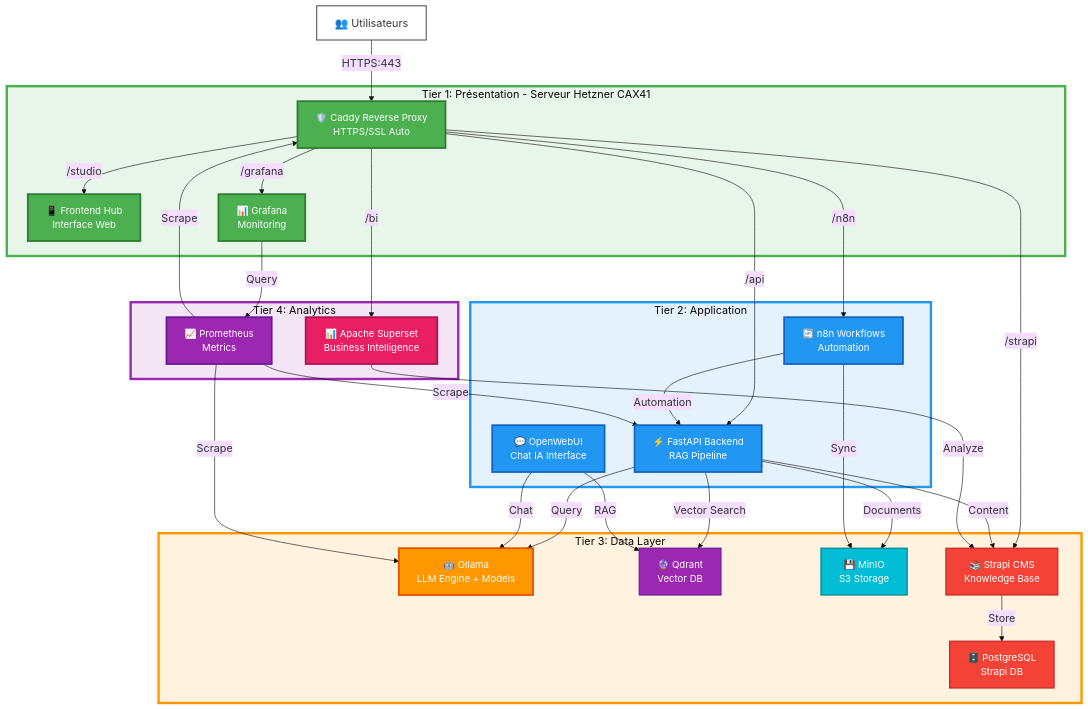
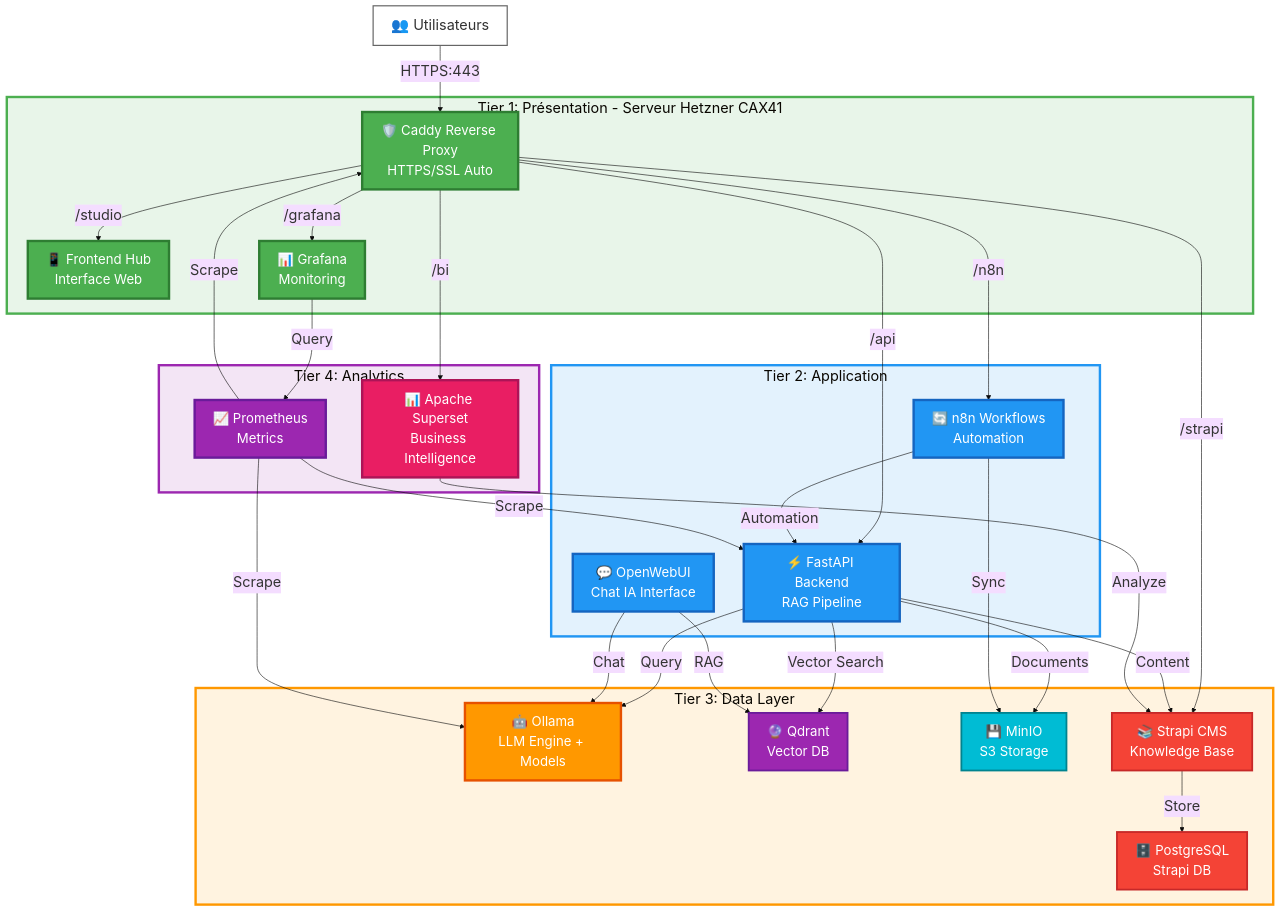
One commit to stepstev/oceanphenix-IA-souveraine-v10_2026_DOCS changed the first of 6 diagrams in README.md. Above: the diagram before and after it, drawn with Mermaid. The commit also changed other lines of this file, not shown here.

Commit message:
style: Increase font size to 24px in Mermaid diagrams for better readability

````diff
--- a/README.md
+++ b/README.md
@@ -49,81 +49,81 @@
 ```mermaid
-%%{init: {'theme':'base', 'themeVariables': {'fontSize':'18px', 'fontFamily':'Arial'}}}%%
+%%{init: {'theme':'base', 'themeVariables': {'fontSize':'24px', 'fontFamily':'Arial, sans-serif'}}}%%
 graph TB
     %% Définition des styles
-    classDef tierPresentation fill:#4CAF50,stroke:#2E7D32,stroke-width:3px,color:#fff,font-size:16px
-    classDef tierApp fill:#2196F3,stroke:#1565C0,stroke-width:3px,color:#fff,font-size:16px
-    classDef tierData fill:#FF9800,stroke:#E65100,stroke-width:3px,color:#fff,font-size:16px
-    classDef tierAnalytics fill:#9C27B0,stroke:#6A1B9A,stroke-width:3px,color:#fff,font-size:16px
-    classDef tierBi fill:#E91E63,stroke:#AD1457,stroke-width:3px,color:#fff,font-size:16px
-    classDef storage fill:#00BCD4,stroke:#00838F,stroke-width:2px,color:#fff,font-size:16px
-    classDef vectordb fill:#9C27B0,stroke:#6A1B9A,stroke-width:2px,color:#fff,font-size:16px
-    classDef strapi fill:#F44336,stroke:#C62828,stroke-width:2px,color:#fff,font-size:16px
+    classDef tierPresentation fill:#4CAF50,stroke:#2E7D32,stroke-width:4px,color:#fff,font-size:22px
+    classDef tierApp fill:#2196F3,stroke:#1565C0,stroke-width:4px,color:#fff,font-size:22px
+    classDef tierData fill:#FF9800,stroke:#E65100,stroke-width:4px,color:#fff,font-size:22px
+    classDef tierAnalytics fill:#9C27B0,stroke:#6A1B9A,stroke-width:4px,color:#fff,font-size:22px
+    classDef tierBi fill:#E91E63,stroke:#AD1457,stroke-width:4px,color:#fff,font-size:22px
+    classDef storage fill:#00BCD4,stroke:#00838F,stroke-width:3px,color:#fff,font-size:22px
+    classDef vectordb fill:#9C27B0,stroke:#6A1B9A,stroke-width:3px,color:#fff,font-size:22px
+    classDef strapi fill:#F44336,stroke:#C62828,stroke-width:3px,color:#fff,font-size:22px
     
     %% Internet
     Users[👥 Utilisateurs]
     
     %% Tier 1: Présentation - Serveur Hetzner CAX41
     subgraph T1[" Tier 1: Présentation - Serveur Hetzner CAX41"]
         Caddy[🛡️ Caddy Reverse Proxy<br/>HTTPS/SSL Auto]:::tierPresentation
         HubFront[📱 Frontend Hub<br/>Interface Web]:::tierPresentation
         Grafana[📊 Grafana<br/>Monitoring]:::tierPresentation
     end
     
     %% Tier 2: Application
     subgraph T2[" Tier 2: Application"]
         FastAPI[⚡ FastAPI Backend<br/>RAG Pipeline]:::tierApp
         OpenWebUI[💬 OpenWebUI<br/>Chat IA Interface]:::tierApp
         N8N[🔄 n8n Workflows<br/>Automation]:::tierApp
     end
     
     %% Tier 3: Data Layer
     subgraph T3[" Tier 3: Data Layer"]
         Ollama[🤖 Ollama<br/>LLM Engine + Models]:::tierData
         Qdrant[🔮 Qdrant<br/>Vector DB]:::vectordb
         MinIO[💾 MinIO<br/>S3 Storage]:::storage
         Strapi[📚 Strapi CMS<br/>Knowledge Base]:::strapi
         PostgreSQL[🗄️ PostgreSQL<br/>Strapi DB]:::strapi
     end
     
     %% Tier 4: Analytics
     subgraph T4[" Tier 4: Analytics"]
         Prometheus[📈 Prometheus<br/>Metrics]:::tierAnalytics
         ApacheBI[📊 Apache Superset<br/>Business Intelligence]:::tierBi
     end
     
     %% Connexions Internet → Caddy
     Users -->|HTTPS:443| Caddy
     
     %% Caddy routing
     Caddy -->|/grafana| Grafana
     Caddy -->|/bi| ApacheBI
     Caddy -->|/n8n| N8N
     Caddy -->|/studio| HubFront
     Caddy -->|/api| FastAPI
     Caddy -->|/strapi| Strapi
     
     %% Tier 2 → Tier 3
     FastAPI -->|Query| Ollama
     FastAPI -->|Vector Search| Qdrant
     FastAPI -->|Documents| MinIO
     FastAPI -->|Content| Strapi
     OpenWebUI -->|Chat| Ollama
     OpenWebUI -->|RAG| Qdrant
     N8N -->|Automation| FastAPI
     N8N -->|Sync| MinIO
     Strapi -->|Store| PostgreSQL
     
     %% Tier 4 Monitoring
     Grafana -->|Query| Prometheus
     Prometheus -->|Scrape| FastAPI
     Prometheus -->|Scrape| Ollama
     Prometheus -->|Scrape| Caddy
     ApacheBI -->|Analyze| Strapi
     
     %% Styling tiers
     style T1 fill:#E8F5E9,stroke:#4CAF50,stroke-width:4px
     style T2 fill:#E3F2FD,stroke:#2196F3,stroke-width:4px
     style T3 fill:#FFF3E0,stroke:#FF9800,stroke-width:4px
     style T4 fill:#F3E5F5,stroke:#9C27B0,stroke-width:4px
     style Users fill:#FFF,stroke:#666,stroke-width:2px
 ```
````
